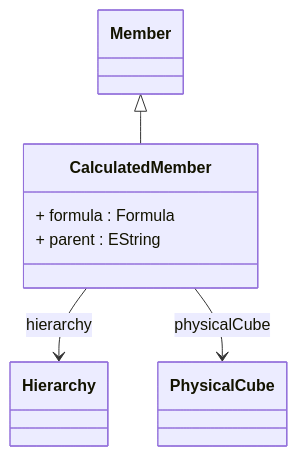
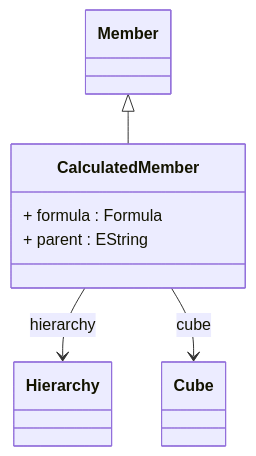
Before and after one commit to eclipse-daanse/eclipse-daanse.github.io: the diagram in docs/cubeserver/model/class-CalculatedMember.md, drawn with Mermaid. The commit also changed other lines of this file and 93 other files, not shown here.

````diff
--- a/docs/cubeserver/model/class-CalculatedMember.md
+++ b/docs/cubeserver/model/class-CalculatedMember.md
@@ -92,12 +92,12 @@
 ```mermaid
 classDiagram
   class CalculatedMember {
     + formula : Formula
     + parent : EString
   }
 
   Member <|-- CalculatedMember
   CalculatedMember --> Hierarchy : hierarchy
-  CalculatedMember --> PhysicalCube : physicalCube
+  CalculatedMember --> Cube : cube
 
 ```
````
